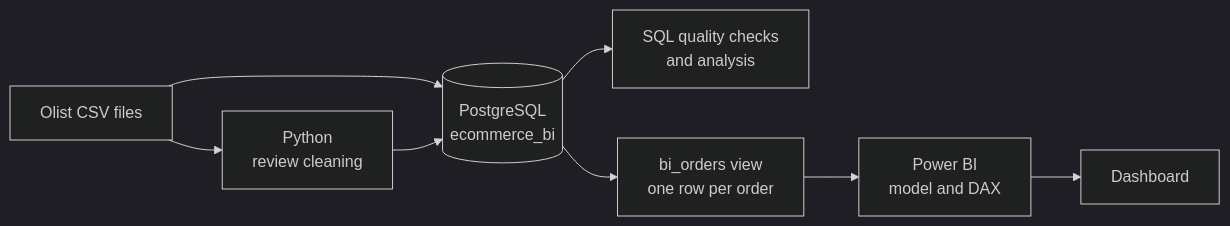
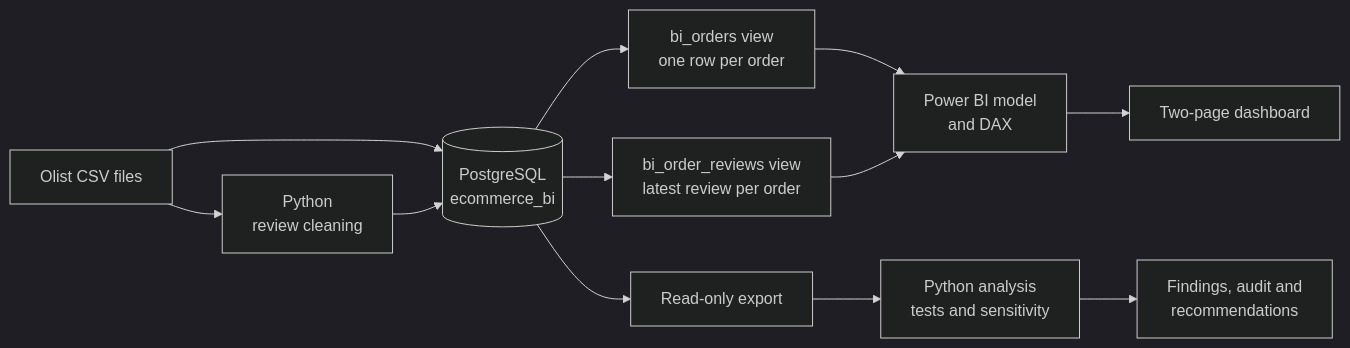
Before and after one commit to dana-kulshikova/olist-ecommerce-analytics: the diagram in README.md, drawn with Mermaid (dark theme). The commit also changed other lines of this file and 37 other files, not shown here.

````diff
--- a/README.md
+++ b/README.md
@@ -42,10 +39,14 @@
 ```mermaid
 flowchart LR
     A[Olist CSV files] --> B[Python<br/>review cleaning]
     A --> C[(PostgreSQL<br/>ecommerce_bi)]
     B --> C
-    C --> D[SQL quality checks<br/>and analysis]
-    C --> E[bi_orders view<br/>one row per order]
-    E --> F[Power BI<br/>model and DAX]
-    F --> G[Dashboard]
+    C --> D[bi_orders view<br/>one row per order]
+    C --> E[bi_order_reviews view<br/>latest review per order]
+    D --> F[Power BI model<br/>and DAX]
+    E --> F
+    F --> G[Two-page dashboard]
+    C --> H[Read-only export]
+    H --> I[Python analysis<br/>tests and sensitivity]
+    I --> J[Findings, audit and<br/>recommendations]
 ```
````
